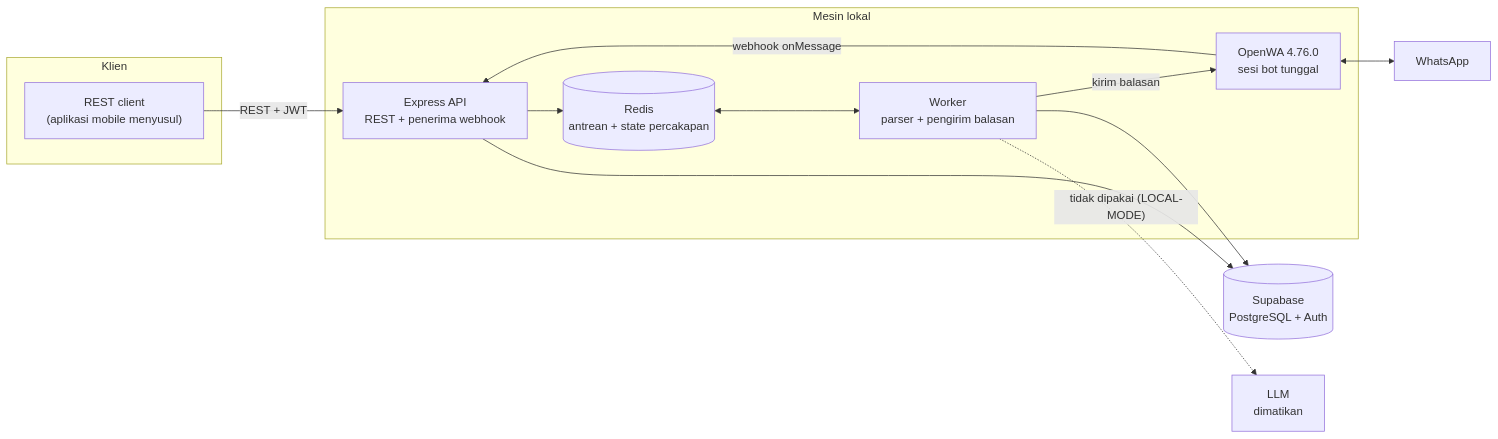
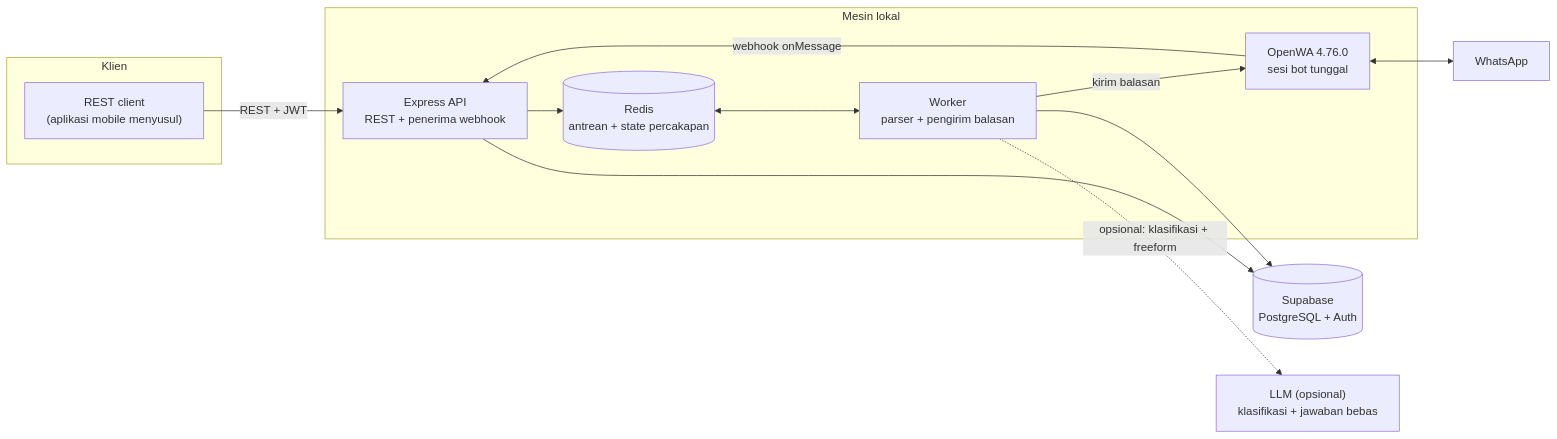
One commit to RanR112/cashify changed the first of 2 diagrams in README.md. Above: the diagram before and after it, drawn with Mermaid. The commit also changed other lines of this file and 15 other files, not shown here.

````diff
--- a/README.md
+++ b/README.md
@@ -11,25 +11,25 @@
 ```mermaid
 flowchart LR
     subgraph klien["Klien"]
         REST["REST client<br/>(aplikasi mobile menyusul)"]
     end
     subgraph lokal["Mesin lokal"]
         API["Express API<br/>REST + penerima webhook"]
         REDIS[("Redis<br/>antrean + state percakapan")]
         WORKER["Worker<br/>parser + pengirim balasan"]
         OWA["OpenWA 4.76.0<br/>sesi bot tunggal"]
     end
     WHATSAPP["WhatsApp"]
     SB[("Supabase<br/>PostgreSQL + Auth")]
-    LLM["LLM<br/>dimatikan"]
+    LLM["LLM (opsional)<br/>klasifikasi + jawaban bebas"]
 
     REST -->|"REST + JWT"| API
     OWA -->|"webhook onMessage"| API
     API --> REDIS
     REDIS <--> WORKER
     WORKER -->|"kirim balasan"| OWA
     OWA <--> WHATSAPP
     API --> SB
     WORKER --> SB
-    WORKER -.->|"tidak dipakai (LOCAL-MODE)"| LLM
+    WORKER -.->|"opsional: klasifikasi + freeform"| LLM
 ```
````
